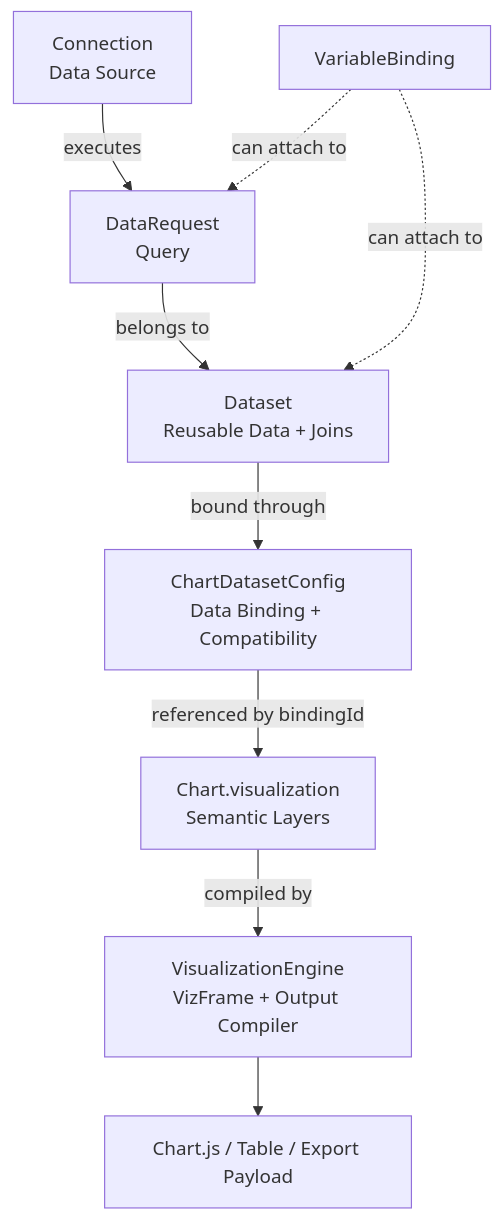
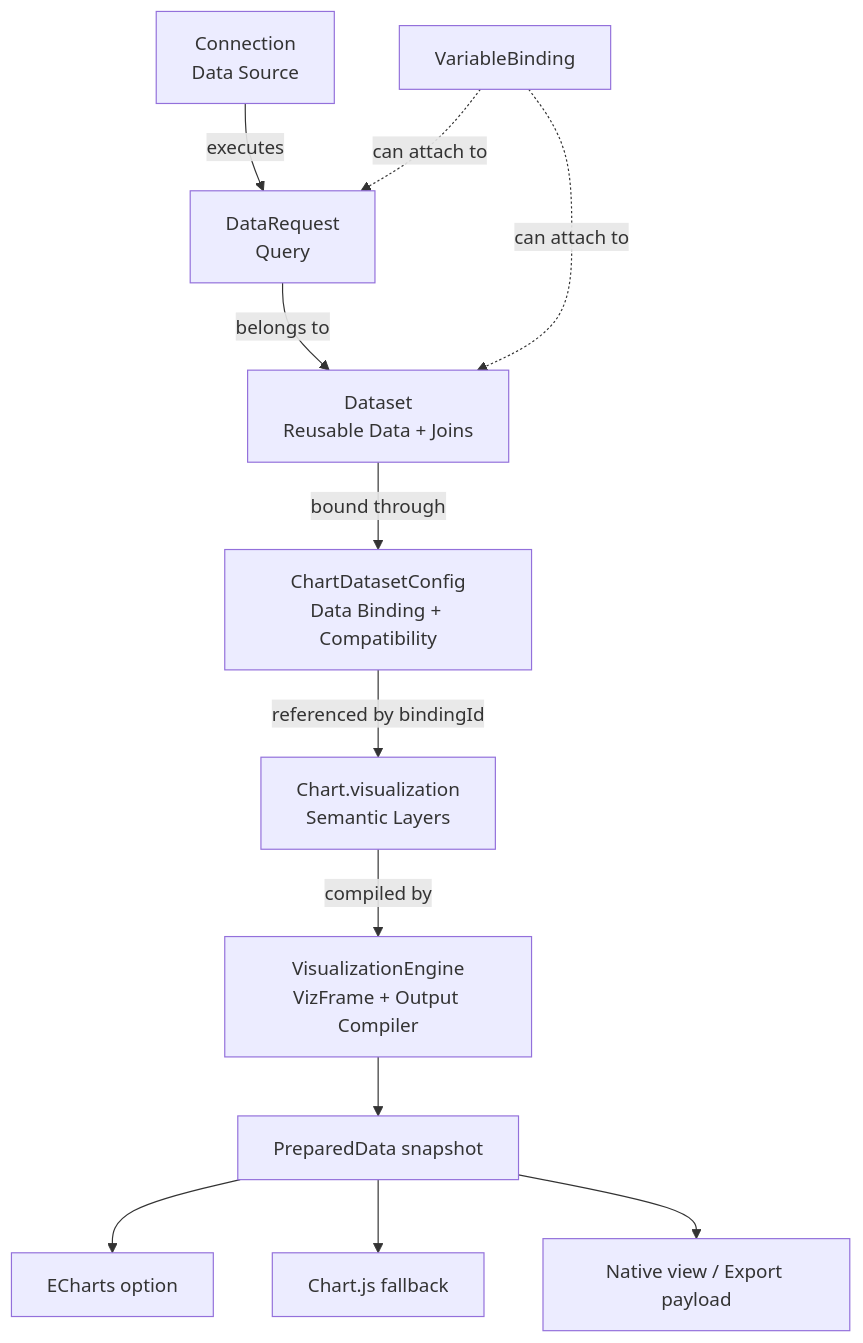
The diagram in server/docs/agents/data-visualization-pipeline.md (chartbrew/chartbrew), drawn with Mermaid before and after one commit. The commit also changed other lines of this file and 42 other files, not shown here.

````diff
--- a/server/docs/agents/data-visualization-pipeline.md
+++ b/server/docs/agents/data-visualization-pipeline.md
@@ -9,12 +9,15 @@
 ```mermaid
 flowchart TD
     Connection[Connection<br/>Data Source] -->|executes| DataRequest[DataRequest<br/>Query]
     DataRequest -->|belongs to| Dataset[Dataset<br/>Reusable Data + Joins]
     Dataset -->|bound through| ChartDatasetConfig[ChartDatasetConfig<br/>Data Binding + Compatibility]
     ChartDatasetConfig -->|referenced by bindingId| Visualization[Chart.visualization<br/>Semantic Layers]
     Visualization -->|compiled by| Engine[VisualizationEngine<br/>VizFrame + Output Compiler]
-    Engine --> Chart[Chart.js / Table / Export Payload]
+    Engine --> Prepared[PreparedData snapshot]
+    Prepared --> ECharts[ECharts option]
+    Prepared --> Fallback[Chart.js fallback]
+    Prepared --> Native[Native view / Export payload]
     
     VariableBinding[VariableBinding] -.->|can attach to| DataRequest
     VariableBinding -.->|can attach to| Dataset
 ```
````
